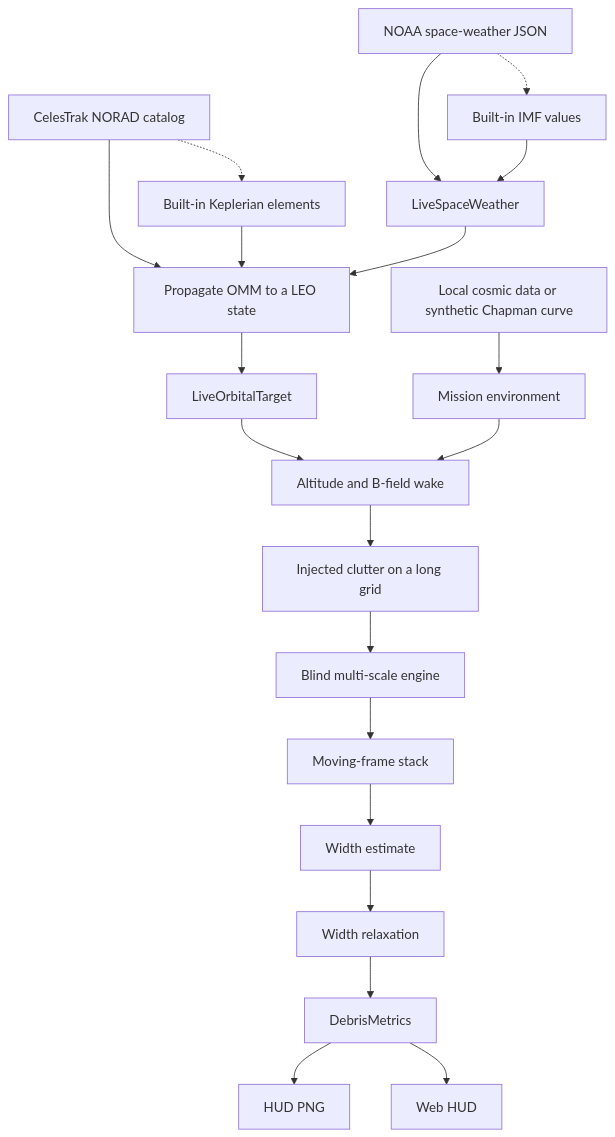
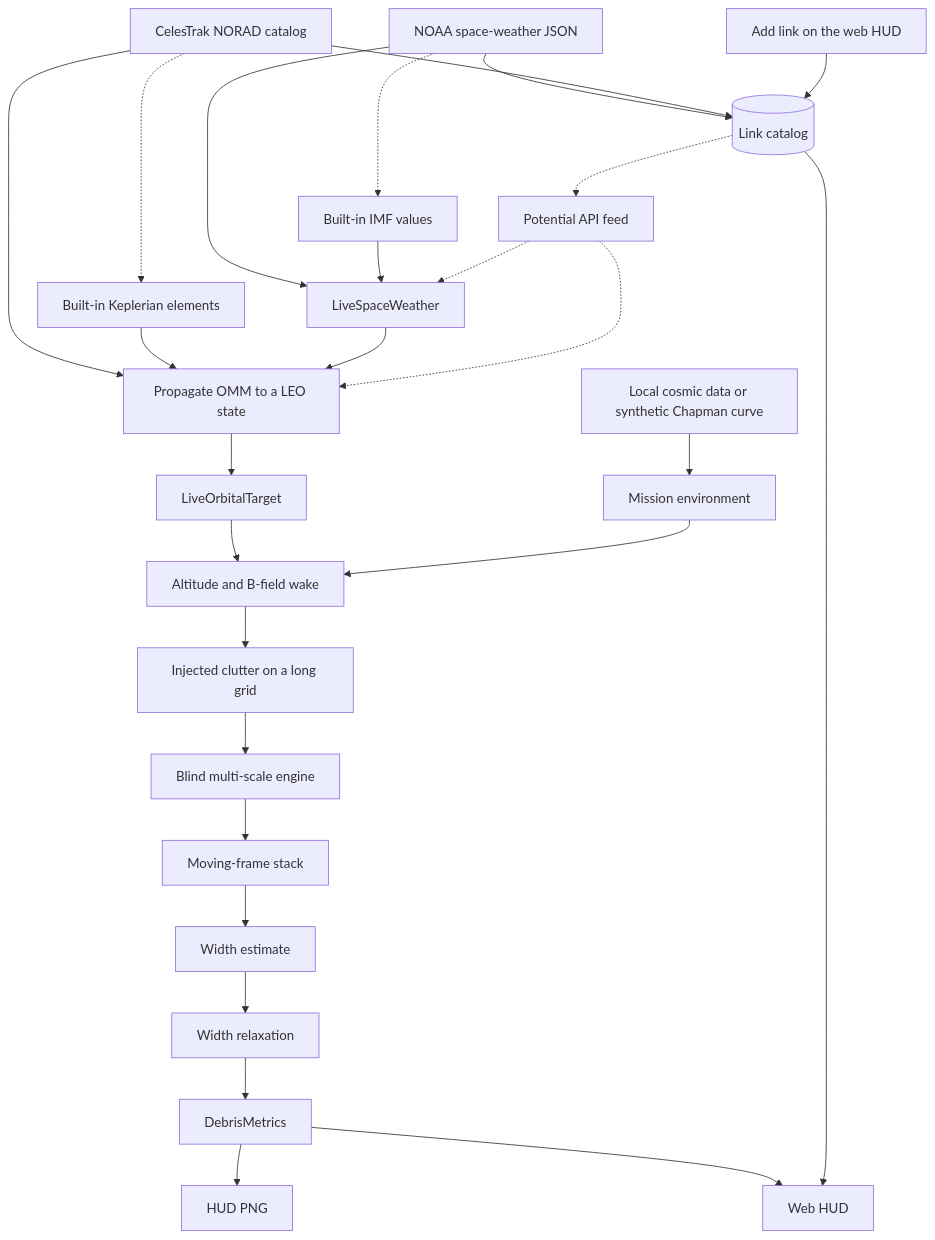
Before and after one commit to code4johnm/sinatra_audit: the first of 3 diagrams in README.md, drawn with Mermaid. The commit also changed other lines of this file and 21 other files, not shown here.

````diff
--- a/README.md
+++ b/README.md
@@ -59,41 +59,51 @@
 ```mermaid
 graph TD
   noaa[NOAA space-weather JSON]
   cele[CelesTrak NORAD catalog]
   cosmic[Local cosmic data or synthetic Chapman curve]
   sw[LiveSpaceWeather]
   fallback[Built-in IMF values]
   prop[Propagate OMM to a LEO state]
   kep[Built-in Keplerian elements]
   tgt[LiveOrbitalTarget]
   env[Mission environment]
   inject[Altitude and B-field wake]
   clutter[Injected clutter on a long grid]
   engine[Blind multi-scale engine]
   stack[Moving-frame stack]
   sigma[Width estimate]
   jko[Width relaxation]
   debris[DebrisMetrics]
   hud[HUD PNG]
   web[Web HUD]
+  add[Add link on the web HUD]
+  catalog[(Link catalog)]
+  potential[Potential API feed]
 
   noaa --> sw
   noaa -.-> fallback
   fallback --> sw
   cele --> prop
   cele -.-> kep
   kep --> prop
   sw --> prop
   prop --> tgt
   cosmic --> env
   tgt --> inject
   env --> inject
   inject --> clutter
   clutter --> engine
   engine --> stack
   stack --> sigma
   sigma --> jko
   jko --> debris
   debris --> hud
   debris --> web
+  noaa --> catalog
+  cele --> catalog
+  add --> catalog
+  catalog --> web
+  catalog -.-> potential
+  potential -.-> sw
+  potential -.-> prop
 ```
````
